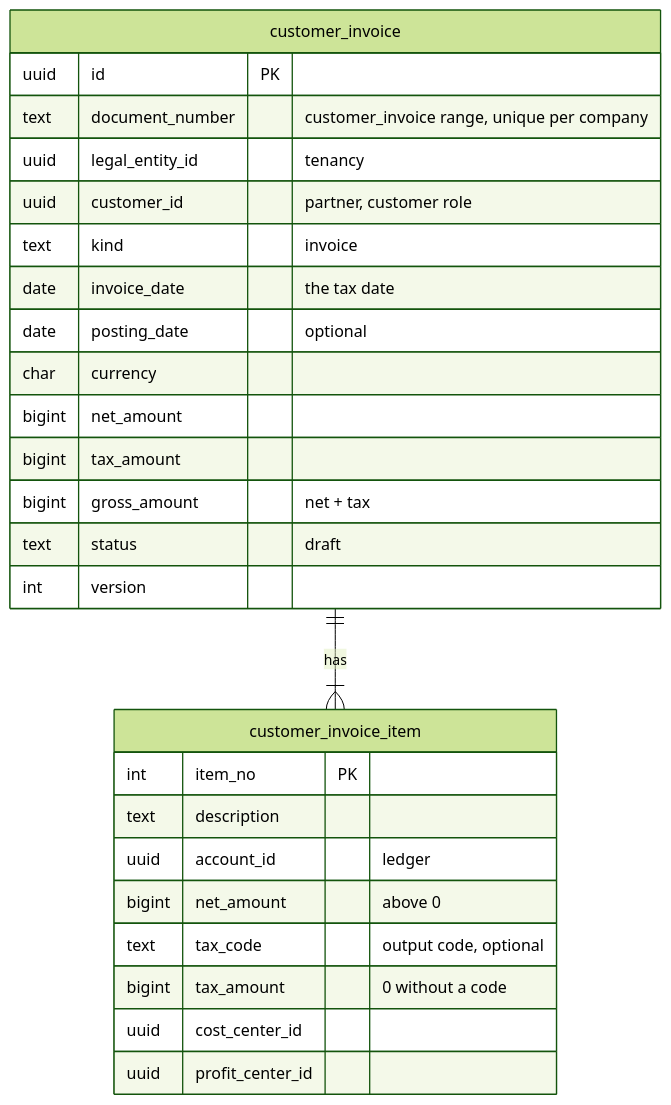
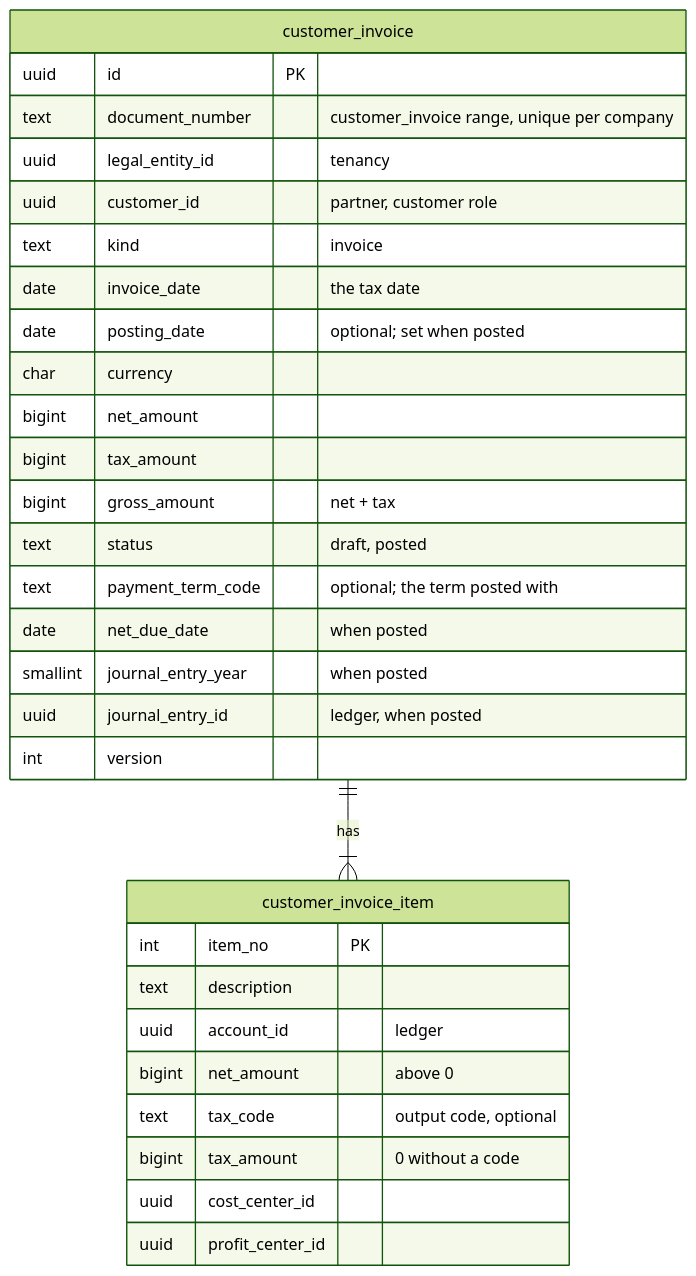
Diagram 14 of 14 in docs/design/03-data-model.md (mustie7iy/agentic-erp), drawn with Mermaid (forest theme) before and after one commit. The commit also changed other lines of this file and 38 other files, not shown here.

````diff
--- a/docs/design/03-data-model.md
+++ b/docs/design/03-data-model.md
@@ -4004,25 +4006,29 @@
 ```mermaid
 erDiagram
   customer_invoice ||--|{ customer_invoice_item : "has"
   customer_invoice { uuid id PK
     text document_number "customer_invoice range, unique per company"
     uuid legal_entity_id "tenancy"
     uuid customer_id "partner, customer role"
     text kind "invoice"
     date invoice_date "the tax date"
-    date posting_date "optional"
+    date posting_date "optional; set when posted"
     char currency
     bigint net_amount
     bigint tax_amount
     bigint gross_amount "net + tax"
-    text status "draft"
+    text status "draft, posted"
+    text payment_term_code "optional; the term posted with"
+    date net_due_date "when posted"
+    smallint journal_entry_year "when posted"
+    uuid journal_entry_id "ledger, when posted"
     int version }
   customer_invoice_item { int item_no PK
     text description
     uuid account_id "ledger"
     bigint net_amount "above 0"
     text tax_code "output code, optional"
     bigint tax_amount "0 without a code"
     uuid cost_center_id
     uuid profit_center_id }
 ```
````
